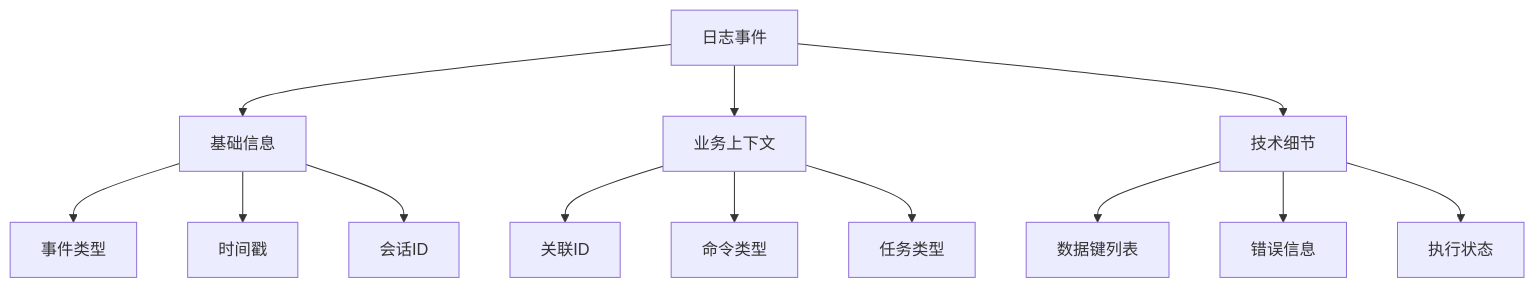
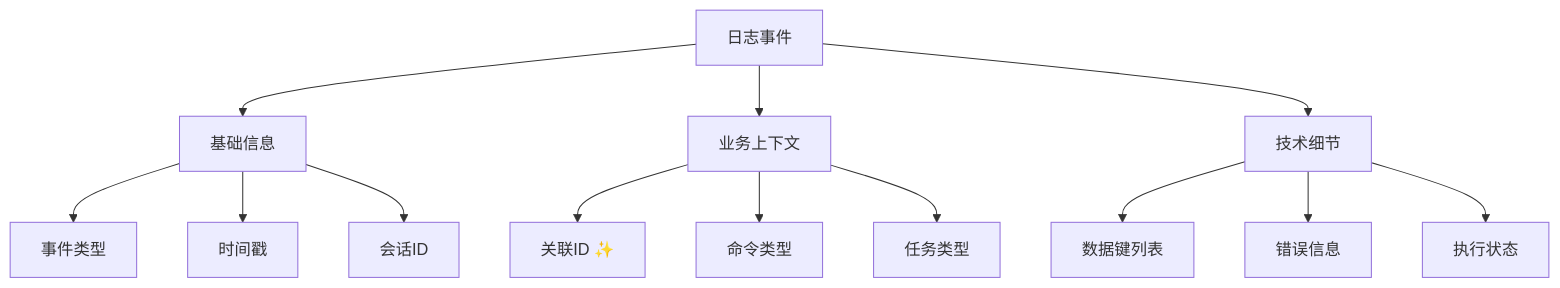
Before and after one commit to zhiyue/infinite-scribe: the ninth of 9 diagrams in apps/backend/src/agents/orchestrator/README.md, drawn with Mermaid. The commit also changed other lines of this file and 1 other file, not shown here.

````diff
--- a/apps/backend/src/agents/orchestrator/README.md
+++ b/apps/backend/src/agents/orchestrator/README.md
@@ -335,18 +386,18 @@
 ```mermaid
 graph TD
     A[日志事件] --> B[基础信息]
     A --> C[业务上下文]
     A --> D[技术细节]
     
     B --> B1[事件类型]
     B --> B2[时间戳]
     B --> B3[会话ID]
     
-    C --> C1[关联ID]
+    C --> C1[关联ID ✨]
     C --> C2[命令类型]
     C --> C3[任务类型]
     
     D --> D1[数据键列表]
     D --> D2[错误信息]
     D --> D3[执行状态]
 ```
````
